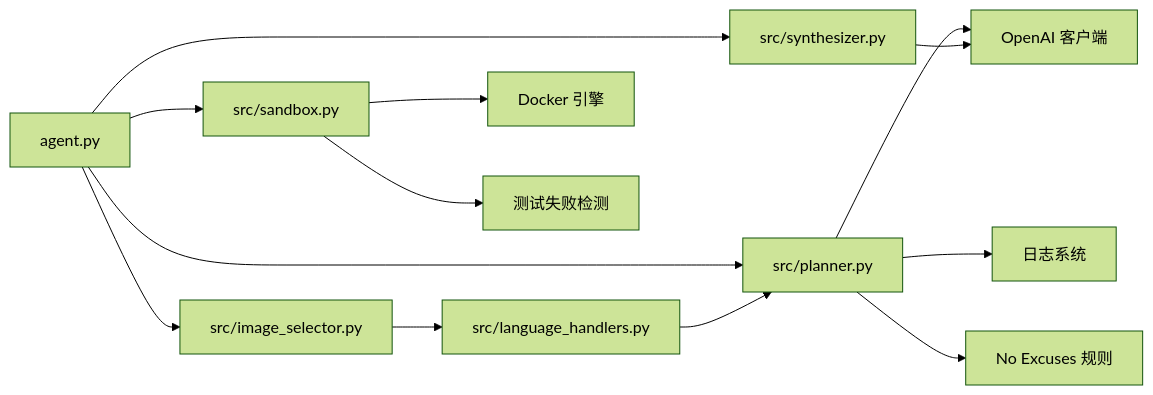
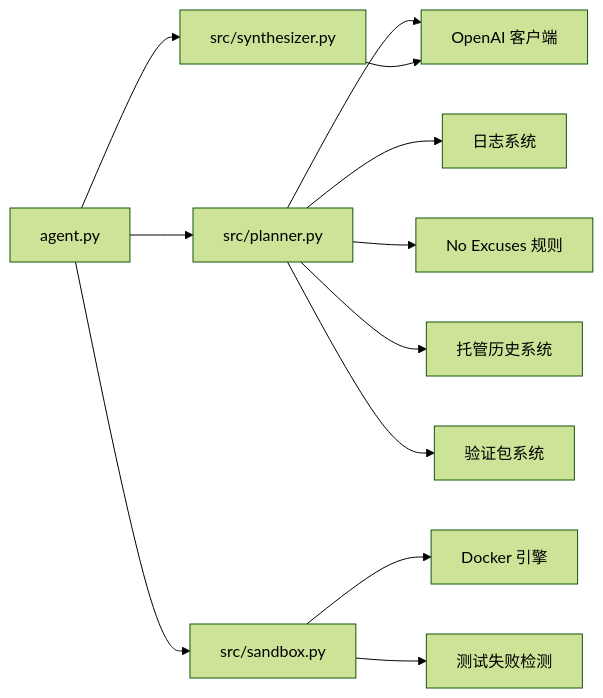
The tenth of 10 diagrams in .qoder/repowiki/zh/content/核心组件/Planner 模块.md (Jayint/Jayint-repo), drawn with Mermaid (forest theme) before and after one commit. The commit also changed other lines of this file and 168 other files, not shown here.

````diff
--- a/.qoder/repowiki/zh/content/核心组件/Planner 模块.md
+++ b/.qoder/repowiki/zh/content/核心组件/Planner 模块.md
@@ -555,15 +587,14 @@
 ```mermaid
 graph LR
-AG["agent.py"] --> IS["src/image_selector.py"]
-AG --> PL["src/planner.py"]
+AG["agent.py"] --> PL["src/planner.py"]
 AG --> SB["src/sandbox.py"]
 AG --> SY["src/synthesizer.py"]
-IS --> LH["src/language_handlers.py"]
 PL --> CL["OpenAI 客户端"]
 PL --> LOG["日志系统"]
 PL --> NE["No Excuses 规则"]
+PL --> MH["托管历史系统"]
+PL --> VB["验证包系统"]
 SY --> CL
 SB --> DK["Docker 引擎"]
 SB --> TF["测试失败检测"]
-LH --> PL
 ```
````
